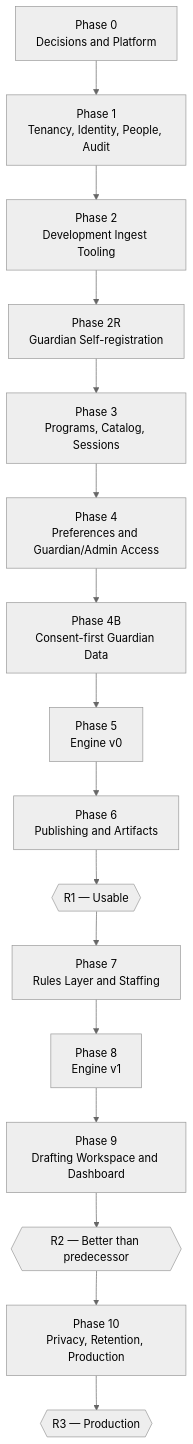
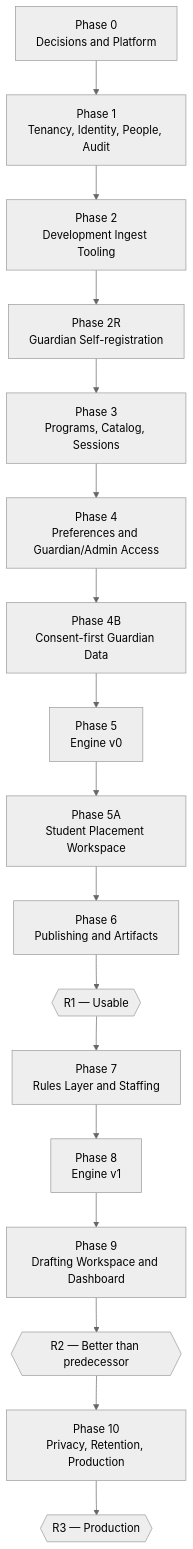
The diagram in PLAN.md (christophergm/miniclass), drawn with Mermaid (neutral theme) before and after one commit. The commit also changed other lines of this file and 1 other file, not shown here.

````diff
--- a/PLAN.md
+++ b/PLAN.md
@@ -161,18 +153,19 @@
 ```mermaid
 graph TD
     P0["Phase 0<br/>Decisions and Platform"] --> P1["Phase 1<br/>Tenancy, Identity, People, Audit"]
     P1 --> P2["Phase 2<br/>Development Ingest Tooling"]
     P2 --> P2R["Phase 2R<br/>Guardian Self-registration"]
     P2R --> P3["Phase 3<br/>Programs, Catalog, Sessions"]
     P3 --> P4["Phase 4<br/>Preferences and Guardian/Admin Access"]
     P4 --> P4B["Phase 4B<br/>Consent-first Guardian Data"]
     P4B --> P5["Phase 5<br/>Engine v0"]
-    P5 --> P6["Phase 6<br/>Publishing and Artifacts"]
+    P5 --> P5A["Phase 5A<br/>Student Placement Workspace"]
+    P5A --> P6["Phase 6<br/>Publishing and Artifacts"]
     P6 --> R1{{"R1 — Usable"}}
     R1 --> P7["Phase 7<br/>Rules Layer and Staffing"]
     P7 --> P8["Phase 8<br/>Engine v1"]
     P8 --> P9["Phase 9<br/>Drafting Workspace and Dashboard"]
     P9 --> R2{{"R2 — Better than predecessor"}}
     R2 --> P10["Phase 10<br/>Privacy, Retention, Production"]
     P10 --> R3{{"R3 — Production"}}
 ```
````
